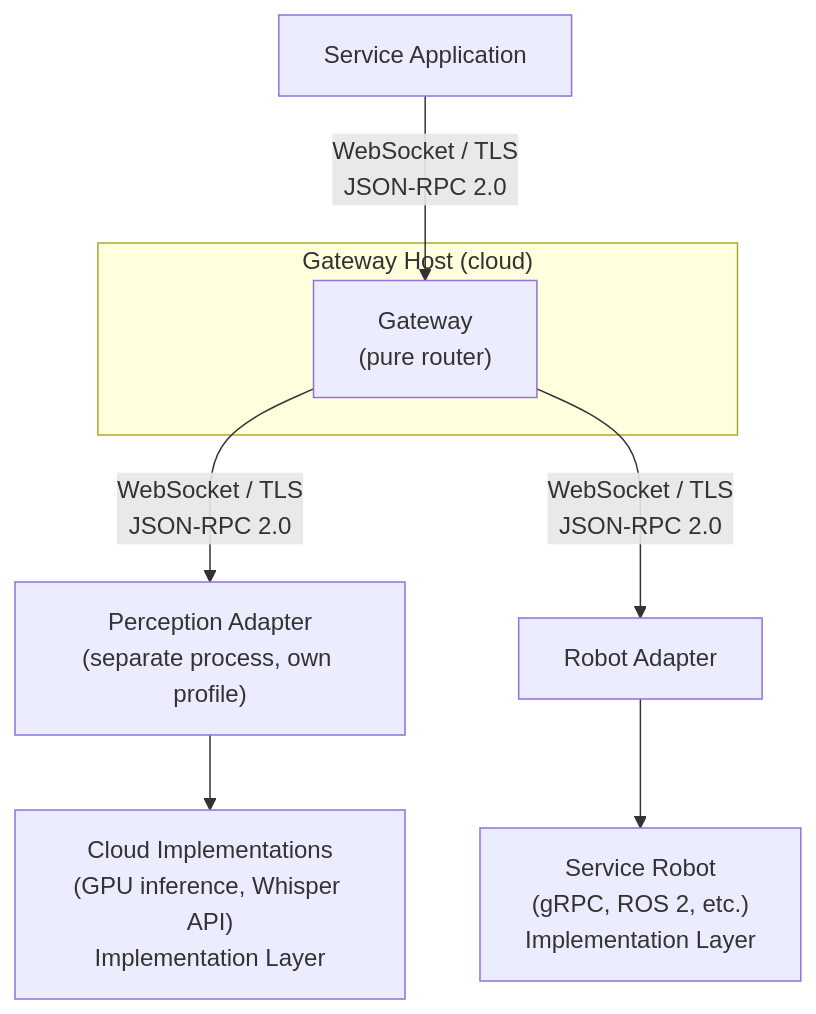
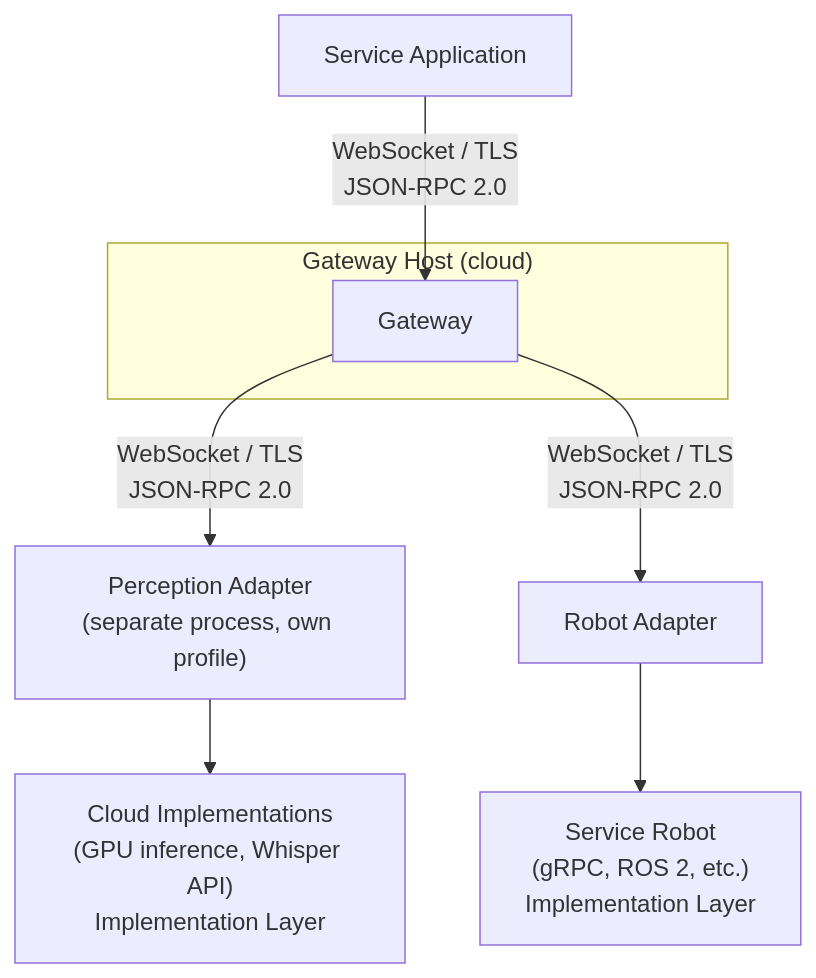
Diagram 13 of 18 in docs/white-paper.md (openrois/openrois), drawn with Mermaid before and after one commit. The commit also changed other lines of this file and 1 other file, not shown here.

````diff
--- a/docs/white-paper.md
+++ b/docs/white-paper.md
@@ -1495,15 +1504,15 @@
 ```mermaid
 flowchart TB
     App["Service Application"]
     App -->|"WebSocket / TLS<br/>JSON-RPC 2.0"| GW
 
     subgraph Cloud["Gateway Host (cloud)"]
-        GW["Gateway<br/>(pure router)"]
+        GW["Gateway"]
     end
 
     GW -->|"WebSocket / TLS<br/>JSON-RPC 2.0"| PerceptionAdapter["Perception Adapter<br/>(separate process, own profile)"]
     PerceptionAdapter --> CloudImpl["Cloud Implementations<br/>(GPU inference, Whisper API)<br/>Implementation Layer"]
 
     GW -->|"WebSocket / TLS<br/>JSON-RPC 2.0"| RobotAdapter["Robot Adapter"]
     RobotAdapter --> Robot["Service Robot<br/>(gRPC, ROS 2, etc.)<br/>Implementation Layer"]
 ```
````
